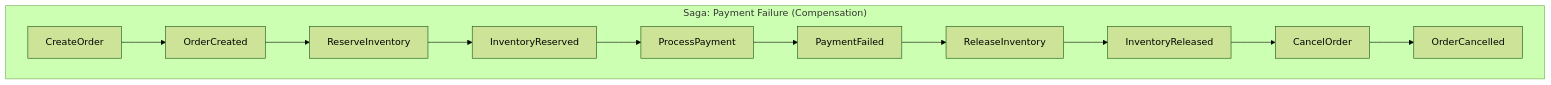
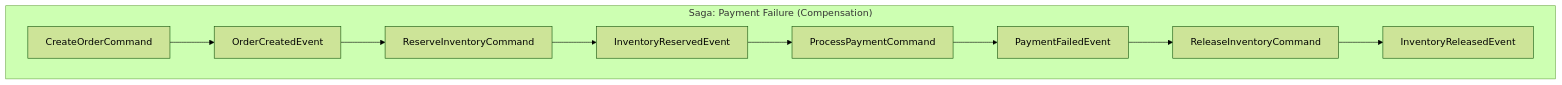
The third of 3 diagrams in src/assets/docs/v1.0.0/learn/tutorial/payment-processing.md (whizbang-lib/whizbang-lib.github.io), drawn with Mermaid (forest theme) before and after one commit. The commit also changed other lines of this file and 48 other files, not shown here.

````diff
--- a/src/assets/docs/v1.0.0/learn/tutorial/payment-processing.md
+++ b/src/assets/docs/v1.0.0/learn/tutorial/payment-processing.md
@@ -866,13 +425,12 @@
 ```mermaid
 flowchart TD
     subgraph Compensation["Saga: Payment Failure (Compensation)"]
-        C1["CreateOrder"] --> C2["OrderCreated"]
-        C2 --> C3["ReserveInventory"] --> C4["InventoryReserved"]
-        C4 --> C5["ProcessPayment"] --> C6["PaymentFailed"]
-        C6 --> C7["ReleaseInventory"] --> C8["InventoryReleased"]
-        C8 --> C9["CancelOrder"] --> C10["OrderCancelled"]
+        C1["CreateOrderCommand"] --> C2["OrderCreatedEvent"]
+        C2 --> C3["ReserveInventoryCommand"] --> C4["InventoryReservedEvent"]
+        C4 --> C5["ProcessPaymentCommand"] --> C6["PaymentFailedEvent"]
+        C6 --> C7["ReleaseInventoryCommand"] --> C8["InventoryReleasedEvent"]
     end
 
-    class C1,C3,C5,C7,C9 layer-command
-    class C2,C4,C6,C8,C10 layer-event
+    class C1,C3,C5,C7 layer-command
+    class C2,C4,C6,C8 layer-event
 ```
````
